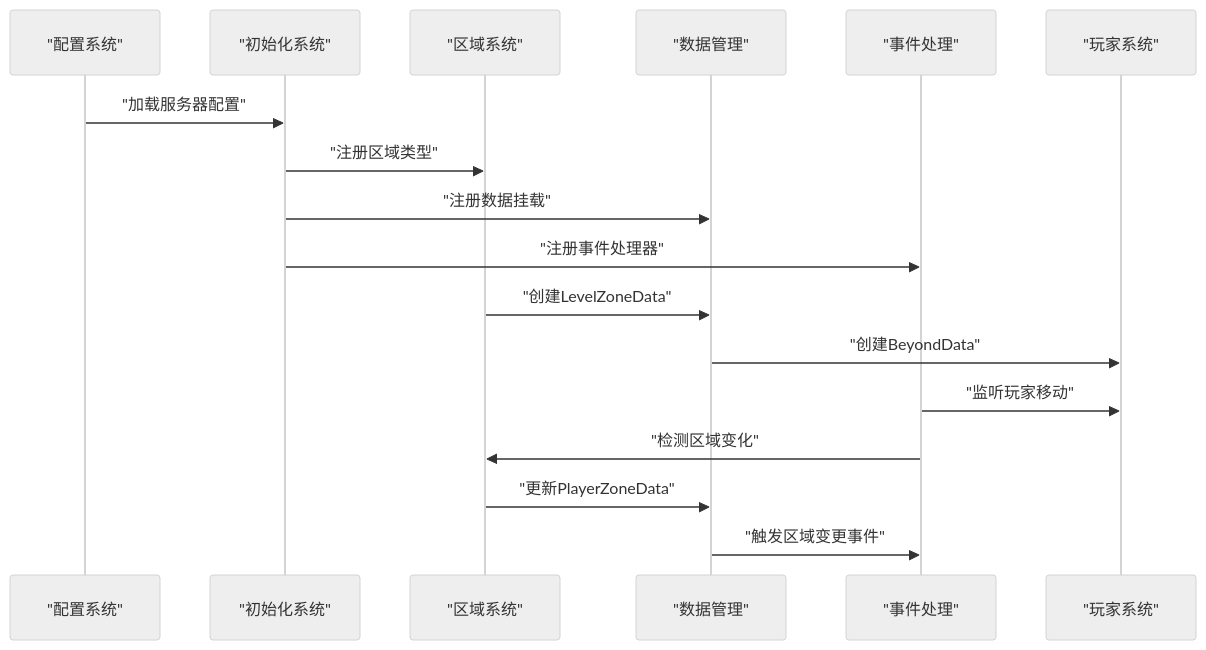
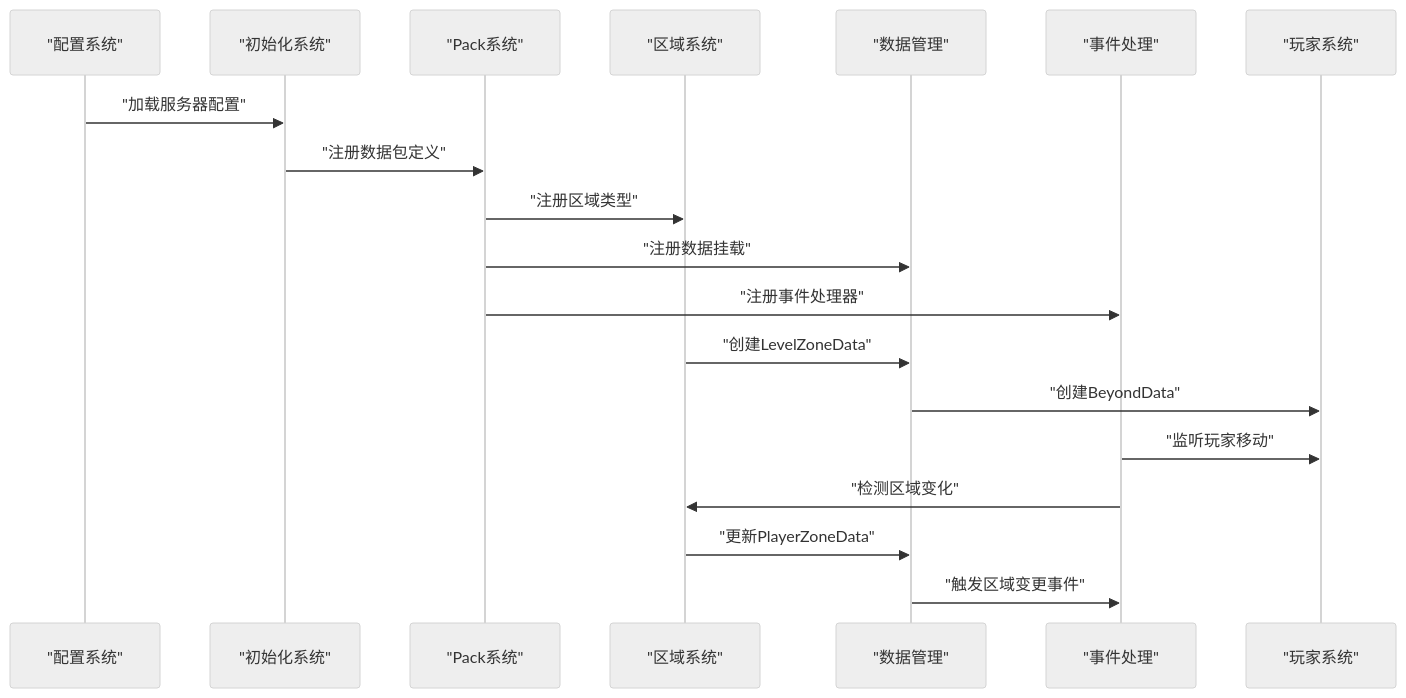
The second of 16 diagrams in .qoder/repowiki/zh/content/模块架构/Beyond安全区模块/Beyond安全区模块.md (Ver-shift/SubModulesGeneHunter), drawn with Mermaid (neutral theme) before and after one commit. The commit also changed other lines of this file and 49 other files, not shown here.

````diff
--- a/.qoder/repowiki/zh/content/模块架构/Beyond安全区模块/Beyond安全区模块.md
+++ b/.qoder/repowiki/zh/content/模块架构/Beyond安全区模块/Beyond安全区模块.md
@@ -178,19 +226,21 @@
 ```mermaid
 sequenceDiagram
 participant Config as "配置系统"
 participant Init as "初始化系统"
+participant Pack as "Pack系统"
 participant Zone as "区域系统"
 participant Data as "数据管理"
 participant Event as "事件处理"
 participant Player as "玩家系统"
 Config->>Init : "加载服务器配置"
-Init->>Zone : "注册区域类型"
-Init->>Data : "注册数据挂载"
-Init->>Event : "注册事件处理器"
+Init->>Pack : "注册数据包定义"
+Pack->>Zone : "注册区域类型"
+Pack->>Data : "注册数据挂载"
+Pack->>Event : "注册事件处理器"
 Zone->>Data : "创建LevelZoneData"
 Data->>Player : "创建BeyondData"
 Event->>Player : "监听玩家移动"
 Event->>Zone : "检测区域变化"
 Zone->>Data : "更新PlayerZoneData"
 Data->>Event : "触发区域变更事件"
 ```
````
